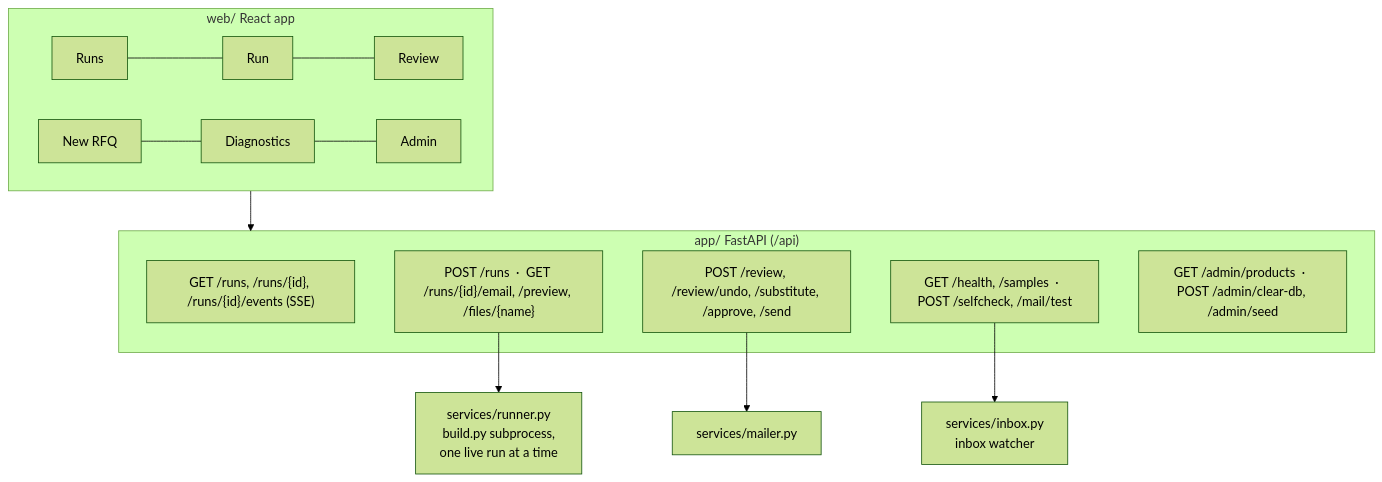
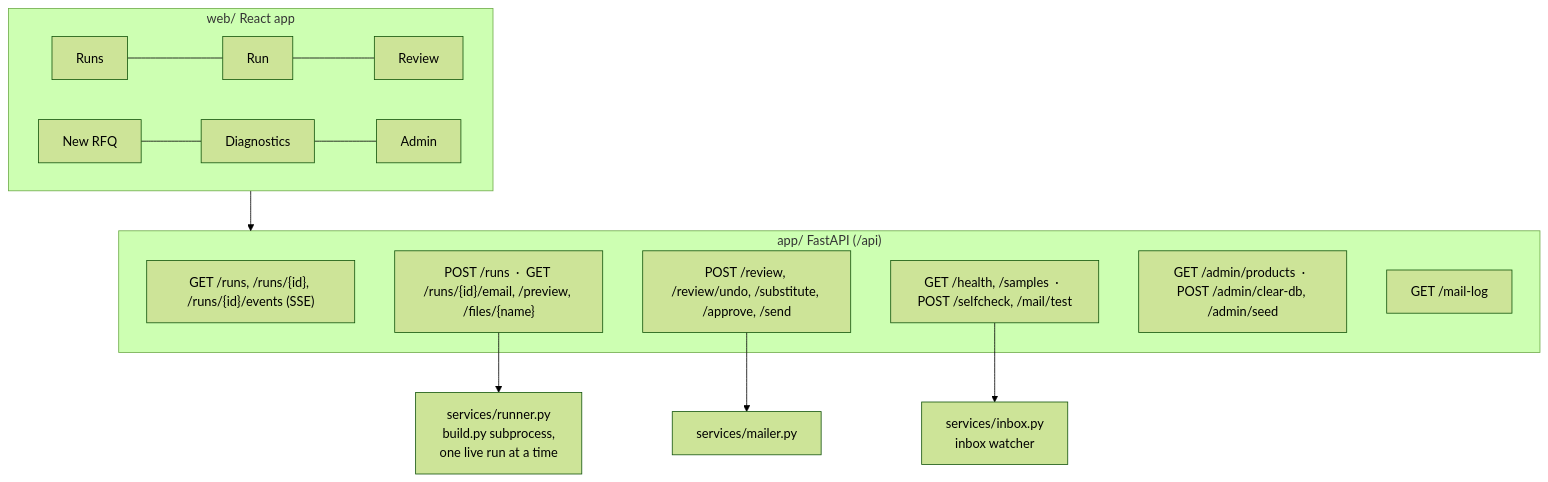
One commit to Prajwaljb/AutoRFQ changed the eighth of 10 diagrams in document.md. Above: the diagram before and after it, drawn with Mermaid (forest theme). The commit also changed other lines of this file and 26 other files, not shown here.

First line of the commit message:
Tidy out/ (runs/, inbox/, uploads/, db/) and log every sent email in SQLite; Sent mail page

````diff
--- a/document.md
+++ b/document.md
@@ -359,18 +387,19 @@
 ```mermaid
 flowchart TD
     subgraph Web["web/ React app"]
         RP["Runs"] --- RUN["Run"] --- RV["Review"]
         NEW["New RFQ"] --- DG["Diagnostics"] --- AD["Admin"]
     end
     subgraph API["app/ FastAPI (/api)"]
         E1["GET /runs, /runs/{id}, /runs/{id}/events (SSE)"]
         E2["POST /runs  ·  GET /runs/{id}/email, /preview, /files/{name}"]
         E3["POST /review, /review/undo, /substitute, /approve, /send"]
         E4["GET /health, /samples  ·  POST /selfcheck, /mail/test"]
         E5["GET /admin/products  ·  POST /admin/clear-db, /admin/seed"]
+        E6["GET /mail-log"]
     end
     Web --> API
     E2 --> RN["services/runner.py<br/>build.py subprocess,<br/>one live run at a time"]
     E3 --> ML["services/mailer.py"]
     E4 --> IB["services/inbox.py<br/>inbox watcher"]
 ```
````
